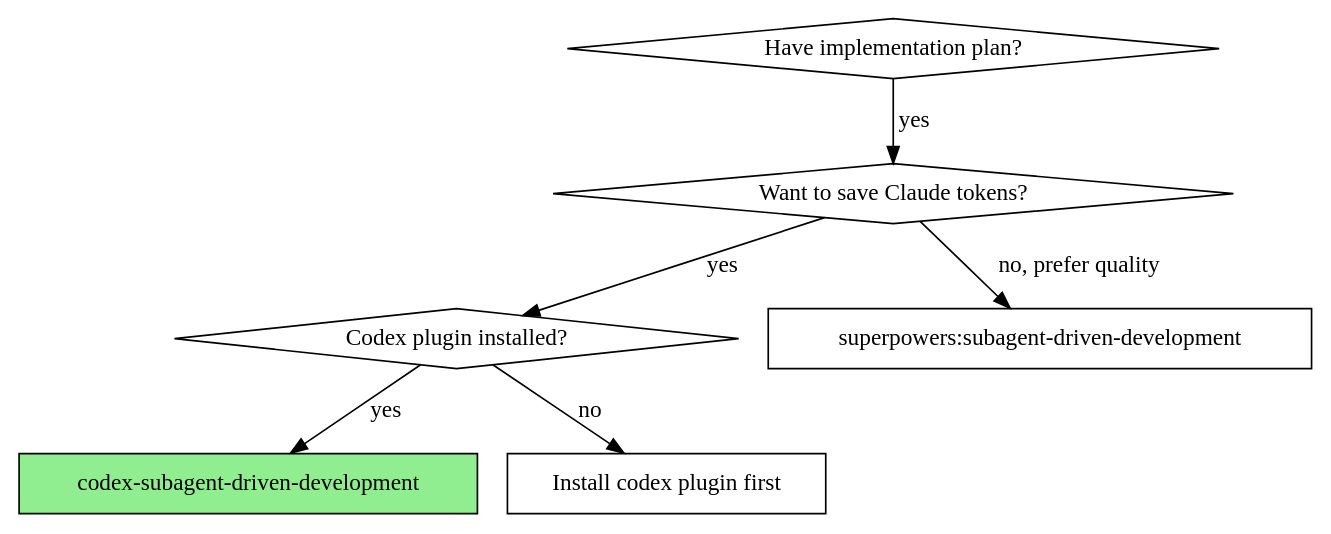
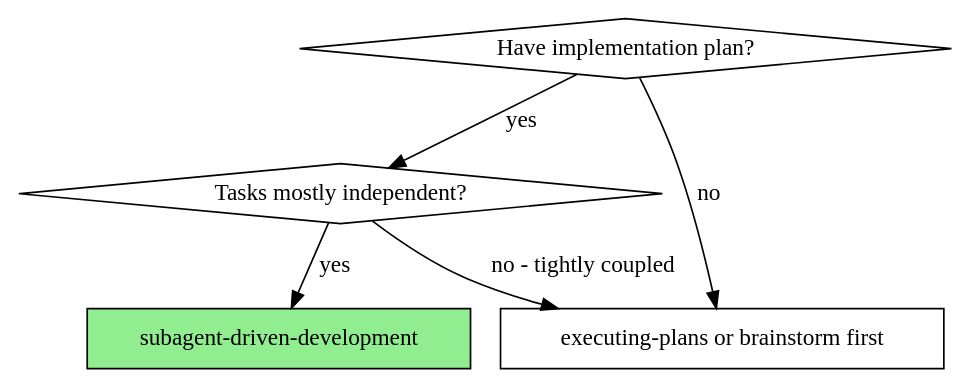
One commit to hyeongwoo-LEE/claude-plugins changed the diagram in plugins/superpowers-with-codex/skills/codex-subagent-driven-development/SKILL.md. Above: the diagram before and after it, drawn with Graphviz. The commit also changed other lines of this file and 3 other files, not shown here.

````diff
--- a/plugins/superpowers-with-codex/skills/codex-subagent-driven-development/SKILL.md
+++ b/plugins/superpowers-with-codex/skills/codex-subagent-driven-development/SKILL.md
@@ -30,16 +28,13 @@
 ```dot
 digraph when_to_use {
     "Have implementation plan?" [shape=diamond];
-    "Want to save Claude tokens?" [shape=diamond];
-    "Codex plugin installed?" [shape=diamond];
-    "codex-subagent-driven-development" [shape=box style=filled fillcolor=lightgreen];
-    "superpowers:subagent-driven-development" [shape=box];
-    "Install codex plugin first" [shape=box];
+    "Tasks mostly independent?" [shape=diamond];
+    "subagent-driven-development" [shape=box style=filled fillcolor=lightgreen];
+    "executing-plans or brainstorm first" [shape=box];
 
-    "Have implementation plan?" -> "Want to save Claude tokens?" [label="yes"];
-    "Want to save Claude tokens?" -> "Codex plugin installed?" [label="yes"];
-    "Want to save Claude tokens?" -> "superpowers:subagent-driven-development" [label="no, prefer quality"];
-    "Codex plugin installed?" -> "codex-subagent-driven-development" [label="yes"];
-    "Codex plugin installed?" -> "Install codex plugin first" [label="no"];
+    "Have implementation plan?" -> "Tasks mostly independent?" [label="yes"];
+    "Have implementation plan?" -> "executing-plans or brainstorm first" [label="no"];
+    "Tasks mostly independent?" -> "subagent-driven-development" [label="yes"];
+    "Tasks mostly independent?" -> "executing-plans or brainstorm first" [label="no - tightly coupled"];
 }
 ```
````
